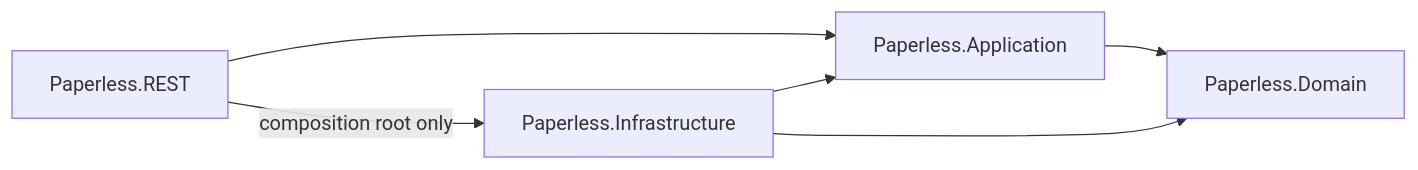
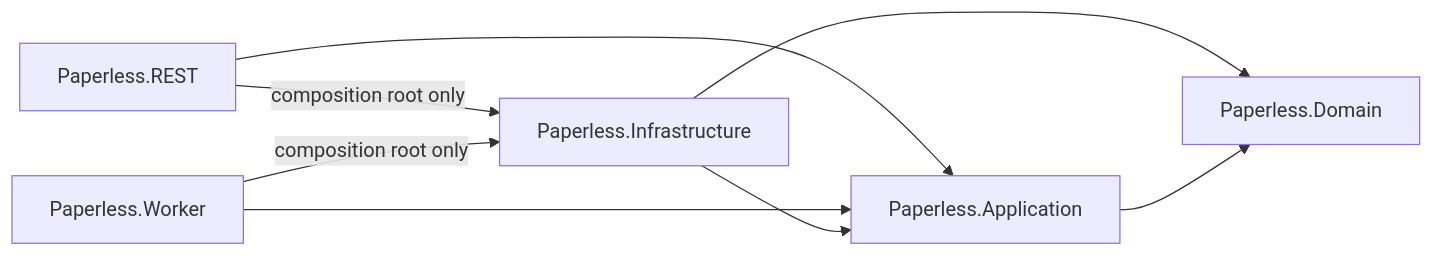
Before and after one commit to mfatihy70/PaperlessDMS: the diagram in README.md, drawn with Mermaid. The commit also changed other lines of this file and 31 other files, not shown here.

````diff
--- a/README.md
+++ b/README.md
@@ -19,8 +19,10 @@
 ```mermaid
 flowchart LR
     REST[Paperless.REST] --> Application[Paperless.Application]
     REST -->|composition root only| Infrastructure[Paperless.Infrastructure]
+    Worker[Paperless.Worker] --> Application
+    Worker -->|composition root only| Infrastructure
     Infrastructure --> Application
     Infrastructure --> Domain[Paperless.Domain]
     Application --> Domain
 ```
````
